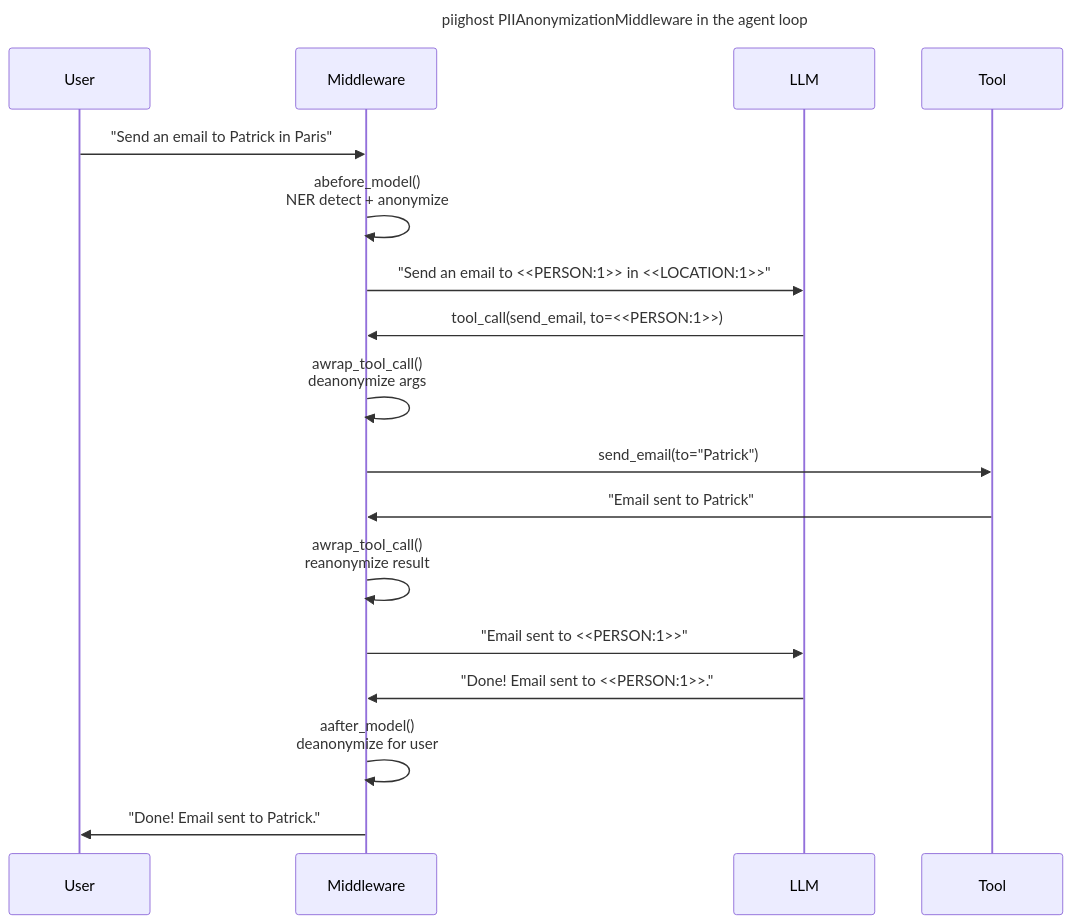
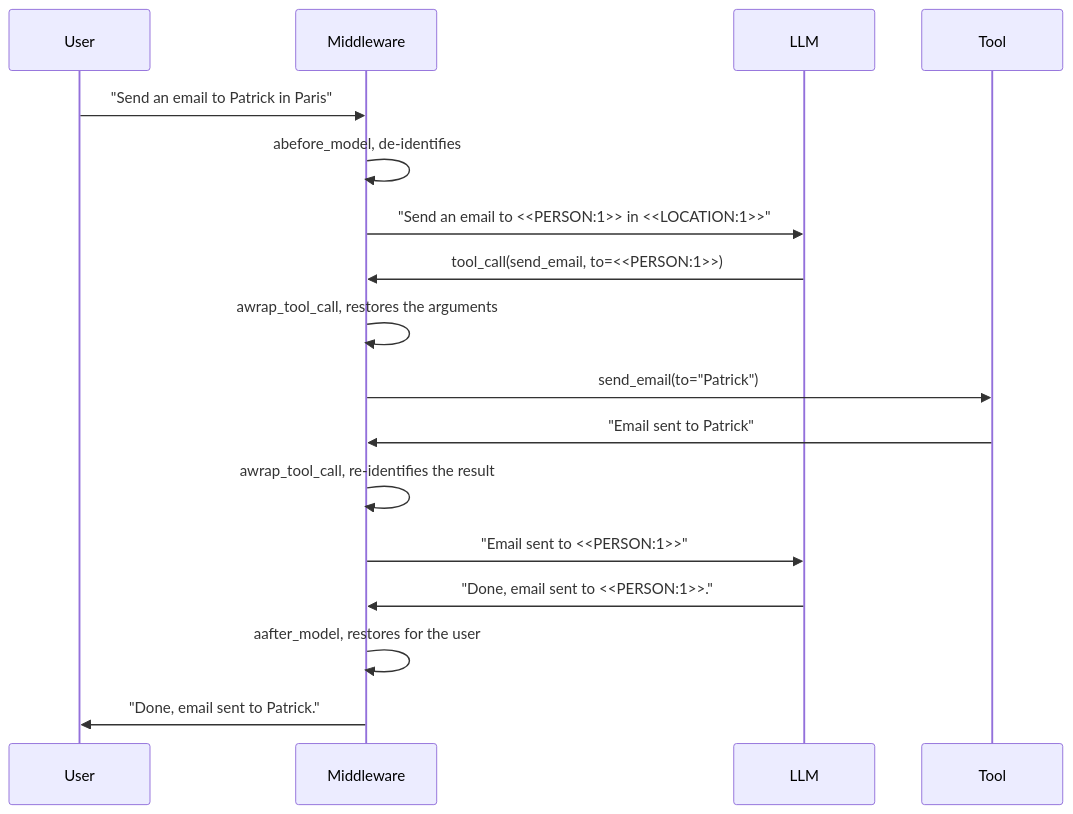
Before and after one commit to Athroniaeth/piighost: the fourth of 4 diagrams in docs/en/architecture.md, drawn with Mermaid. The commit also changed other lines of this file and 57 other files, not shown here.

````diff
--- a/docs/en/architecture.md
+++ b/docs/en/architecture.md
@@ -170,23 +336,20 @@
 ```mermaid
----
-title: "piighost PIIAnonymizationMiddleware in the agent loop"
----
 sequenceDiagram
     participant U as User
     participant M as Middleware
     participant L as LLM
     participant T as Tool
 
     U->>M: "Send an email to Patrick in Paris"
-    M->>M: abefore_model()<br/>NER detect + anonymize
+    M->>M: abefore_model, de-identifies
     M->>L: "Send an email to <<PERSON:1>> in <<LOCATION:1>>"
     L->>M: tool_call(send_email, to=<<PERSON:1>>)
-    M->>M: awrap_tool_call()<br/>deanonymize args
+    M->>M: awrap_tool_call, restores the arguments
     M->>T: send_email(to="Patrick")
     T->>M: "Email sent to Patrick"
-    M->>M: awrap_tool_call()<br/>reanonymize result
+    M->>M: awrap_tool_call, re-identifies the result
     M->>L: "Email sent to <<PERSON:1>>"
-    L->>M: "Done! Email sent to <<PERSON:1>>."
-    M->>M: aafter_model()<br/>deanonymize for user
-    M->>U: "Done! Email sent to Patrick."
+    L->>M: "Done, email sent to <<PERSON:1>>."
+    M->>M: aafter_model, restores for the user
+    M->>U: "Done, email sent to Patrick."
 ```
````
